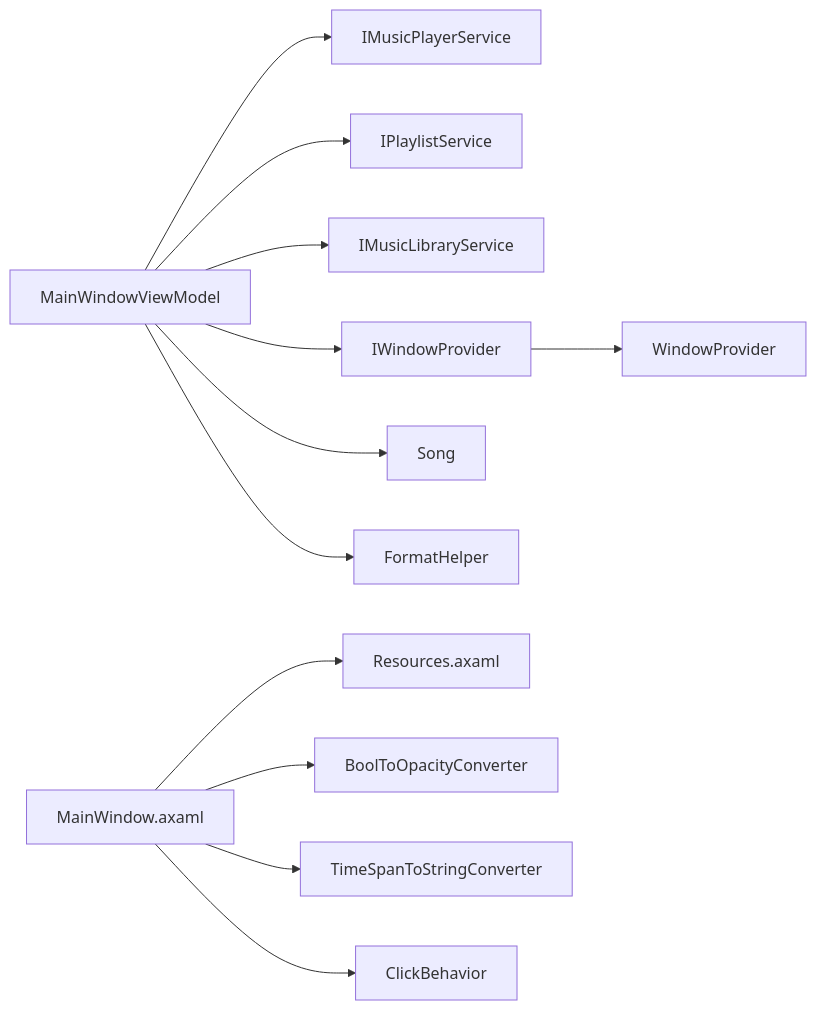
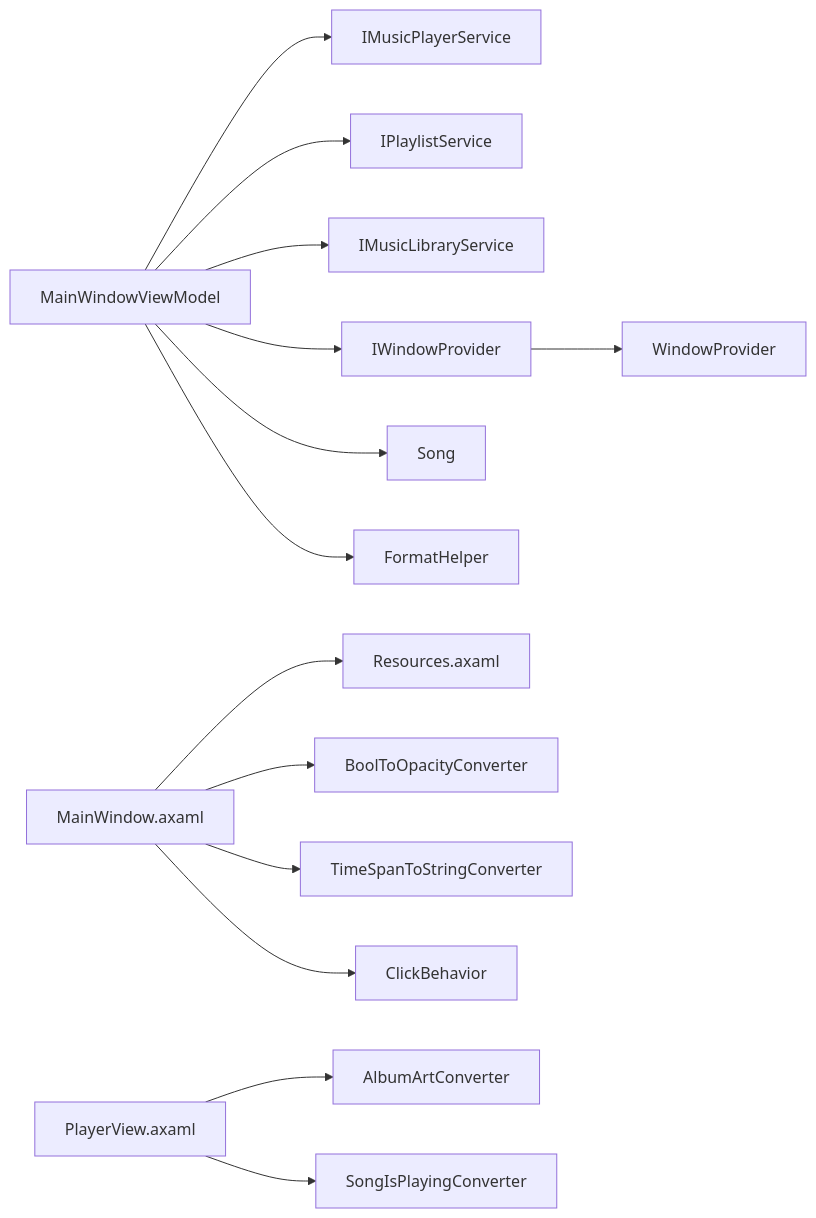
Before and after one commit to mariamjensen42-glitch/LocalMusicPlayer: the tenth of 10 diagrams in .qoder/repowiki/zh/content/工具和辅助功能.md, drawn with Mermaid. The commit also changed other lines of this file and 14 other files, not shown here.

````diff
--- a/.qoder/repowiki/zh/content/工具和辅助功能.md
+++ b/.qoder/repowiki/zh/content/工具和辅助功能.md
@@ -307,14 +377,16 @@
 ```mermaid
 graph LR
 VM["MainWindowViewModel"] --> MPS["IMusicPlayerService"]
 VM --> PLS["IPlaylistService"]
 VM --> MLS["IMusicLibraryService"]
 VM --> WPI["IWindowProvider"]
 WPI --> WP["WindowProvider"]
 VM --> Song["Song"]
 V_Main["MainWindow.axaml"] --> Res["Resources.axaml"]
 V_Main --> Conv1["BoolToOpacityConverter"]
 V_Main --> Conv2["TimeSpanToStringConverter"]
+V_Player["PlayerView.axaml"] --> Conv3["AlbumArtConverter"]
+V_Player --> Conv4["SongIsPlayingConverter"]
 VM --> FH["FormatHelper"]
 V_Main --> CB["ClickBehavior"]
 ```
````
